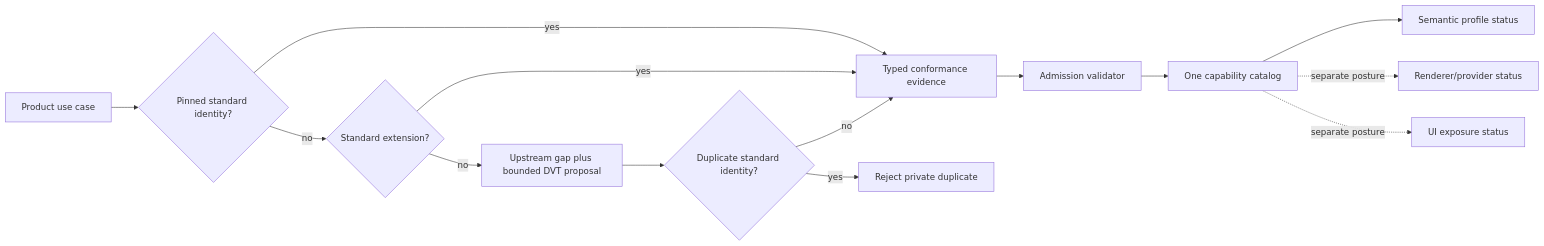
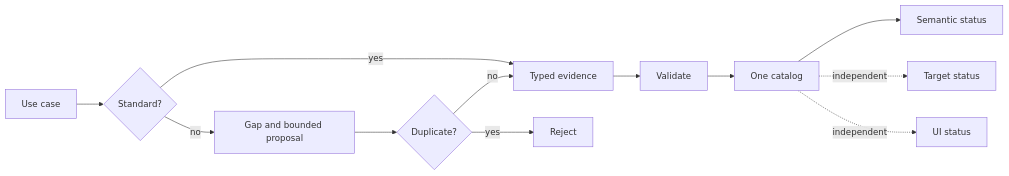
Before and after one commit to dunay2/dvt: the second of 2 diagrams in docs/planning/proposals/mandatory/runtime-and-contracts/vtx2-standard-first-capability-admission-plan-20260903.md, drawn with Mermaid. The commit also changed other lines of this file and 6 other files, not shown here.

Commit message:
docs(contracts): Record capability admission evidence and risk

````diff
--- a/docs/planning/proposals/mandatory/runtime-and-contracts/vtx2-standard-first-capability-admission-plan-20260903.md
+++ b/docs/planning/proposals/mandatory/runtime-and-contracts/vtx2-standard-first-capability-admission-plan-20260903.md
@@ -82,16 +51,10 @@
 ```mermaid
 flowchart LR
-  Need[Product use case] --> Standard{Pinned standard identity?}
-  Standard -->|yes| Evidence[Typed conformance evidence]
-  Standard -->|no| Extension{Standard extension?}
-  Extension -->|yes| Evidence
-  Extension -->|no| Gap[Upstream gap plus bounded DVT proposal]
-  Gap --> Guard{Duplicate standard identity?}
-  Guard -->|yes| Reject[Reject private duplicate]
-  Guard -->|no| Evidence
-  Evidence --> Admission[Admission validator]
-  Admission --> Catalog[One capability catalog]
-  Catalog --> Semantic[Semantic profile status]
-  Catalog -. separate posture .-> Target[Renderer/provider status]
-  Catalog -. separate posture .-> Visual[UI exposure status]
+  Need[Use case] --> Standard{Standard?} -->|yes| Evidence[Typed evidence]
+  Standard -->|no| Gap[Gap and bounded proposal] --> Guard{Duplicate?}
+  Guard -->|yes| Reject[Reject]
+  Guard -->|no| Evidence --> Admission[Validate] --> Catalog[One catalog]
+  Catalog --> Semantic[Semantic status]
+  Catalog -. independent .-> Target[Target status]
+  Catalog -. independent .-> Visual[UI status]
 ```
````
